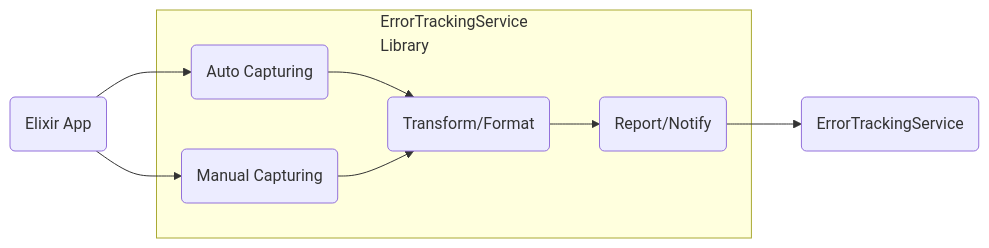
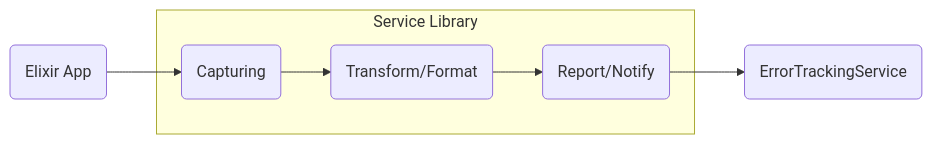
The first of 3 diagrams in README.md (mimiquate/tower), drawn with Mermaid before and after one commit. The commit also changed other lines of this file and 1 other file, not shown here.

````diff
--- a/README.md
+++ b/README.md
@@ -32,11 +32,9 @@
 ```mermaid
 flowchart LR;
-  A(Elixir App) --> B(Auto Capturing);
-  A --> C(Manual Capturing);
-  subgraph "ErrorTrackingService<br>Library"
-  B --> D("Transform/Format");
-  C --> D;
-  D --> E("Report/Notify");
+  A(Elixir App) --> B(Capturing);
+  subgraph Service Library
+  B --> C("Transform/Format");
+  C --> D("Report/Notify");
   end
-  E --> F("ErrorTrackingService");
+  D --> E("ErrorTrackingService");
 ```
````
